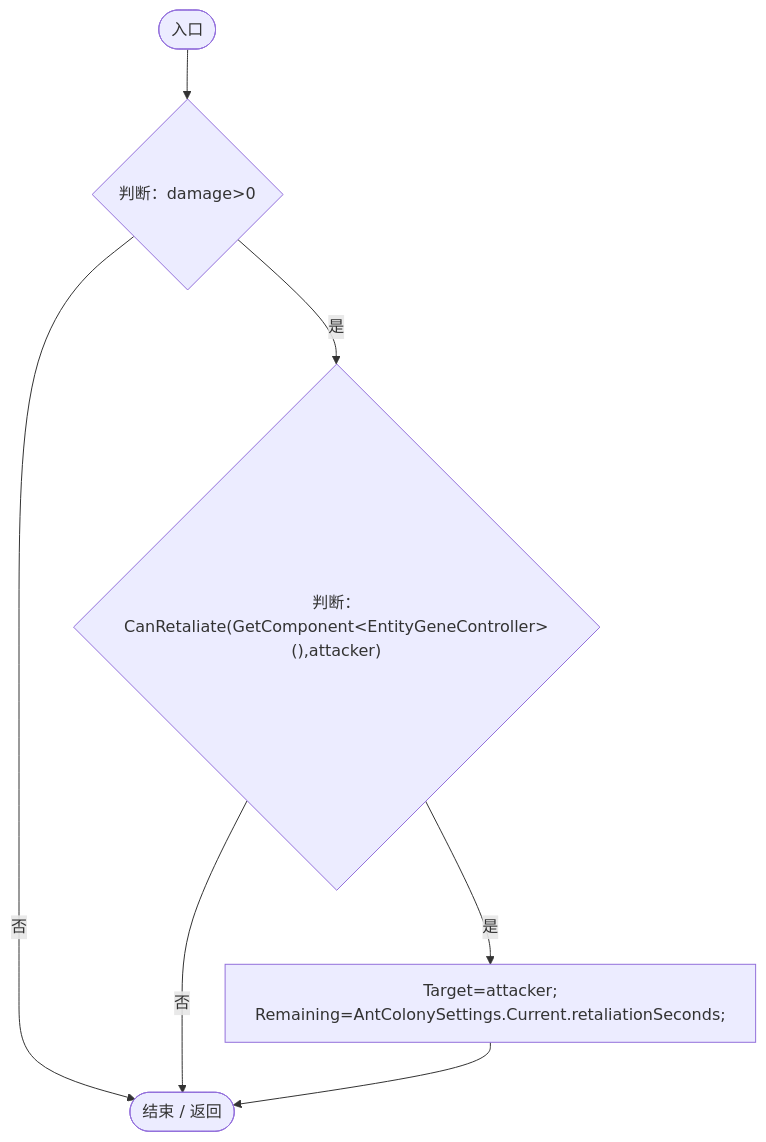
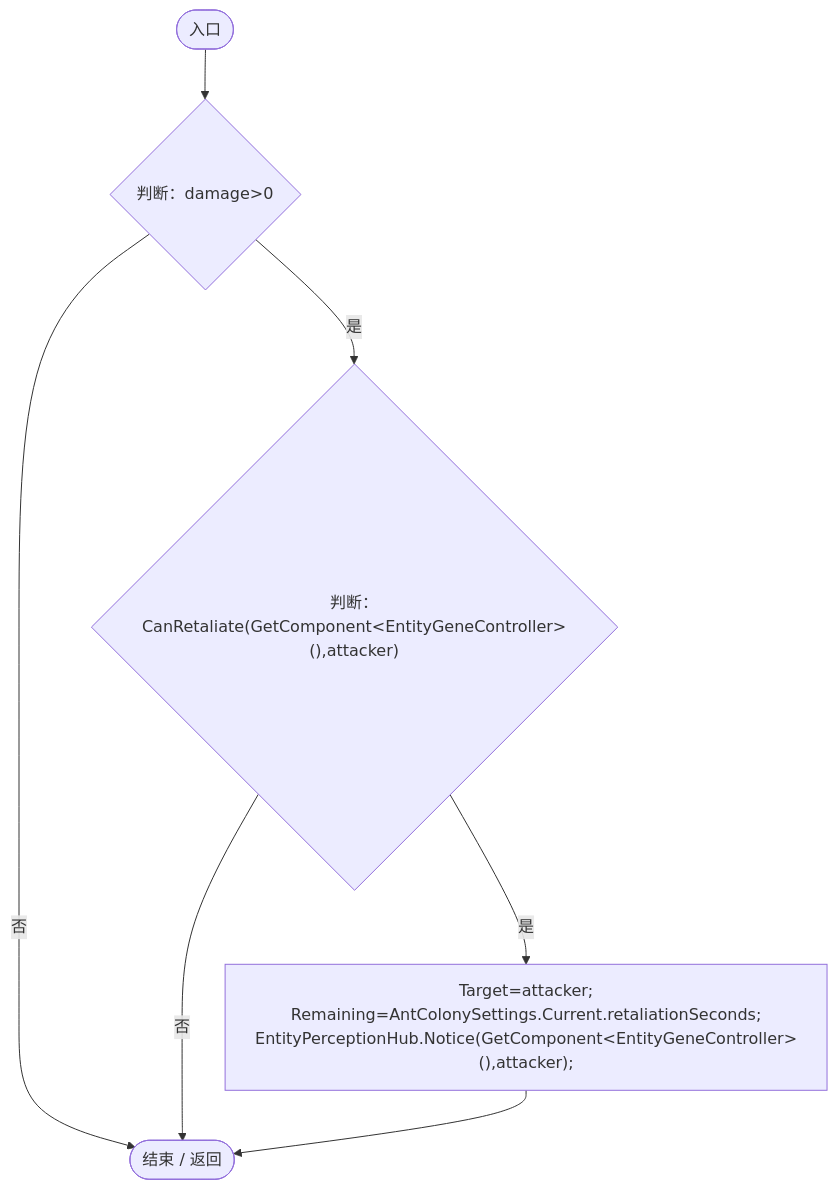
One commit to xhs6666/Darwin_paradise changed the eighth of 13 diagrams in Docs/运行流程图/脚本/34193b994b2c0894.md. Above: the diagram before and after it, drawn with Mermaid. The commit also changed other lines of this file and 219 other files, not shown here.

````diff
--- a/Docs/运行流程图/脚本/34193b994b2c0894.md
+++ b/Docs/运行流程图/脚本/34193b994b2c0894.md
@@ -197,15 +197,15 @@
 ```mermaid
 flowchart TD
   b0(["入口"])
   b1{"判断：damage&gt;0"}
   b2{"判断：CanRetaliate(GetComponent&lt;EntityGeneController&gt;(),attacker)"}
-  b3["Target=attacker;<br/>Remaining=AntColonySettings.Current.retaliationSeconds;"]
+  b3["Target=attacker;<br/>Remaining=AntColonySettings.Current.retaliationSeconds;<br/>EntityPerceptionHub.Notice(GetComponent&lt;EntityGeneController&gt;(),attacker);"]
   b4(["结束 / 返回"])
   b0 --> b1
   b1 -->|"是"| b2
   b1 -->|"否"| b4
   b2 -->|"是"| b3
   b2 -->|"否"| b4
   b3 --> b4
 
 ```
````
